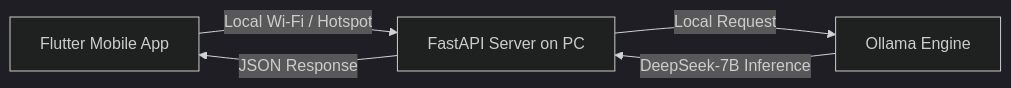
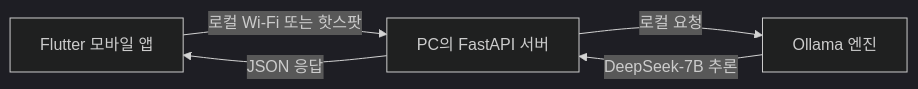
One commit to AlexL71/dadaboev-portfolio changed the diagram in src/pages/ko/research-and-projects/local-llm-assistant.md. Above: the diagram before and after it, drawn with Mermaid (dark theme). The commit also changed other lines of this file and 27 other files, not shown here.

````diff
--- a/src/pages/ko/research-and-projects/local-llm-assistant.md
+++ b/src/pages/ko/research-and-projects/local-llm-assistant.md
@@ -20,7 +20,7 @@
 ```mermaid
 graph LR
-    A[Flutter Mobile App] -->|Local Wi-Fi / Hotspot| B[FastAPI Server on PC]
-    B -->|Local Request| C[Ollama Engine]
-    C -->|DeepSeek-7B Inference| B
-    B -->|JSON Response| A
+    A[Flutter 모바일 앱] -->|로컬 Wi-Fi 또는 핫스팟| B[PC의 FastAPI 서버]
+    B -->|로컬 요청| C[Ollama 엔진]
+    C -->|DeepSeek-7B 추론| B
+    B -->|JSON 응답| A
 ```
````
